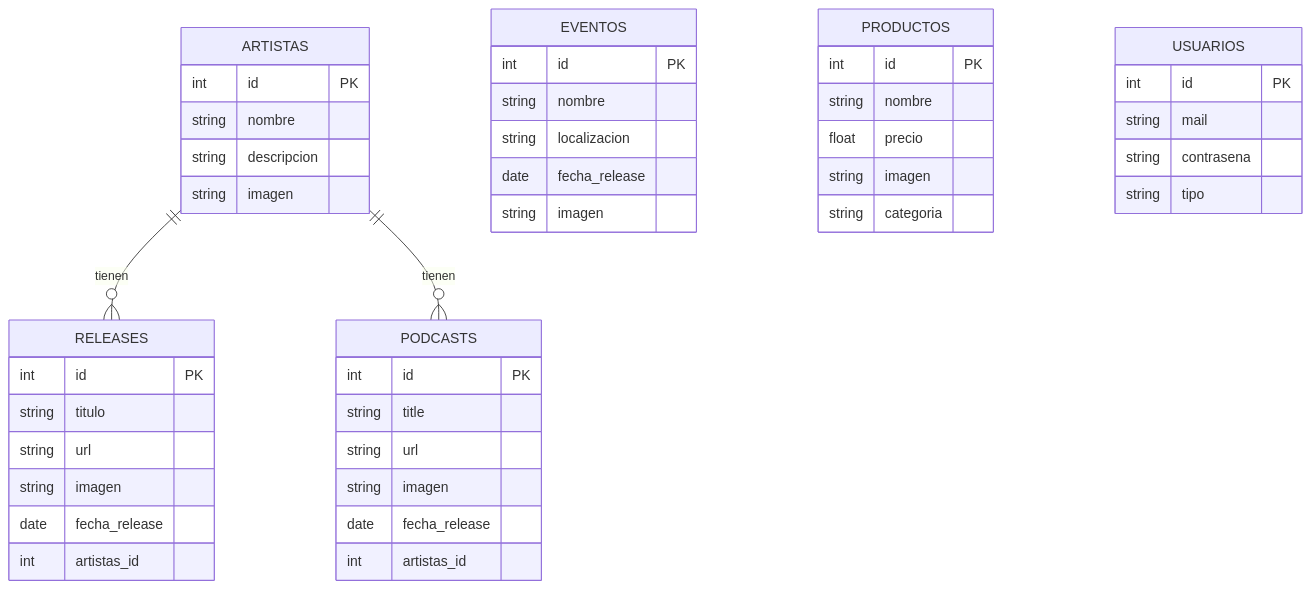
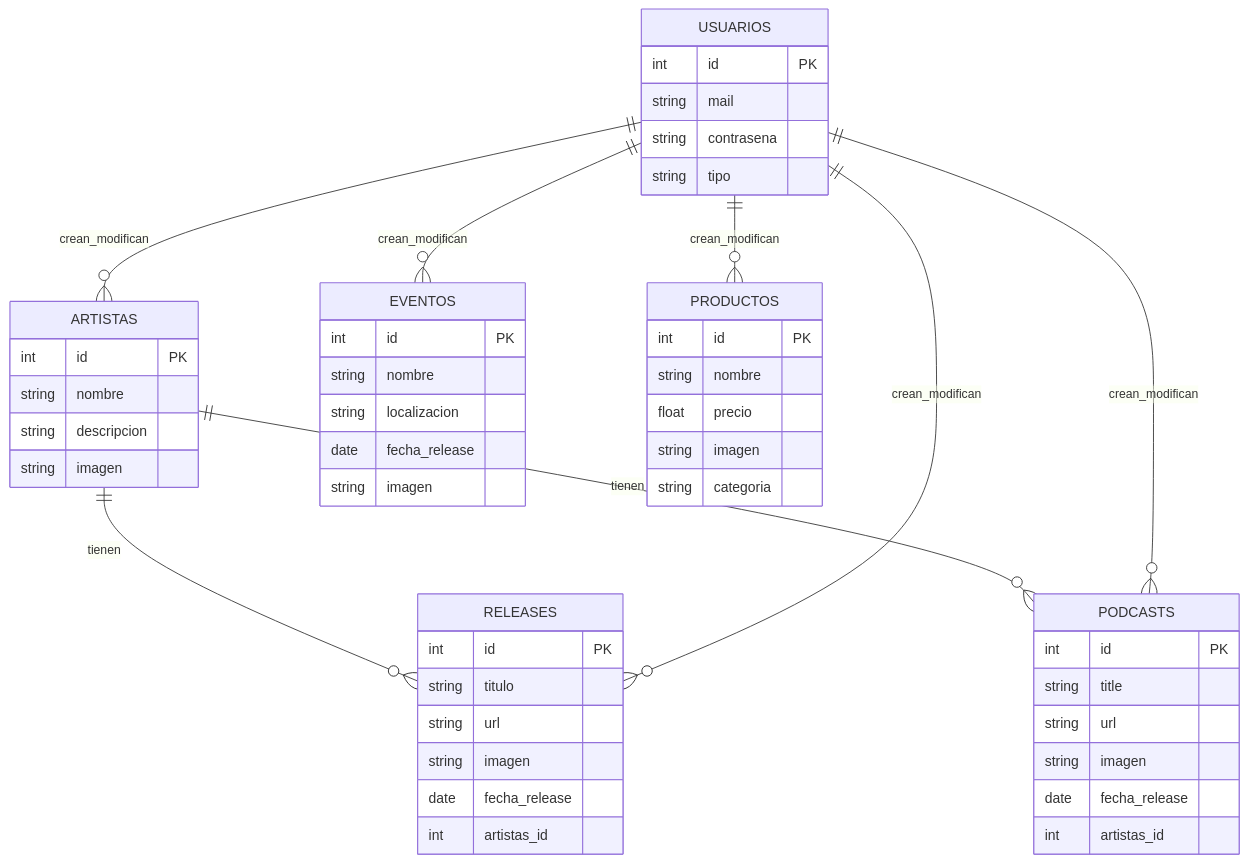
The diagram in doc/templates/3_deseno.md (JavierFernandezPampin/ProyectoSynthgroove), drawn with Mermaid before and after one commit.

Commit message:
Update file 3_deseno.md

````diff
--- a/doc/templates/3_deseno.md
+++ b/doc/templates/3_deseno.md
@@ -16,55 +16,61 @@
 ```mermaid
 
 erDiagram
 
 ARTISTAS {
     int id PK
     string nombre
     string descripcion
     string imagen
 }
 
 RELEASES {
     int id PK
     string titulo
     string url
     string imagen
     date fecha_release
     int artistas_id
 }
 
 PODCASTS {
     int id PK
     string title
     string url
     string imagen
     date fecha_release
     int artistas_id
 }
 
 EVENTOS {
     int id PK
     string nombre
     string localizacion
     date fecha_release
     string imagen
 }
 
 PRODUCTOS {
     int id PK
     string nombre
     float precio
     string imagen
     string categoria
 }
 
 USUARIOS {
     int id PK
     string mail
     string contrasena
     string tipo
 }
 
 ARTISTAS ||--o{ RELEASES : tienen
 ARTISTAS ||--o{ PODCASTS : tienen
+
+USUARIOS ||--o{ ARTISTAS : crean_modifican
+USUARIOS ||--o{ RELEASES : crean_modifican
+USUARIOS ||--o{ PODCASTS : crean_modifican
+USUARIOS ||--o{ EVENTOS : crean_modifican
+USUARIOS ||--o{ PRODUCTOS : crean_modifican
 ```
````
